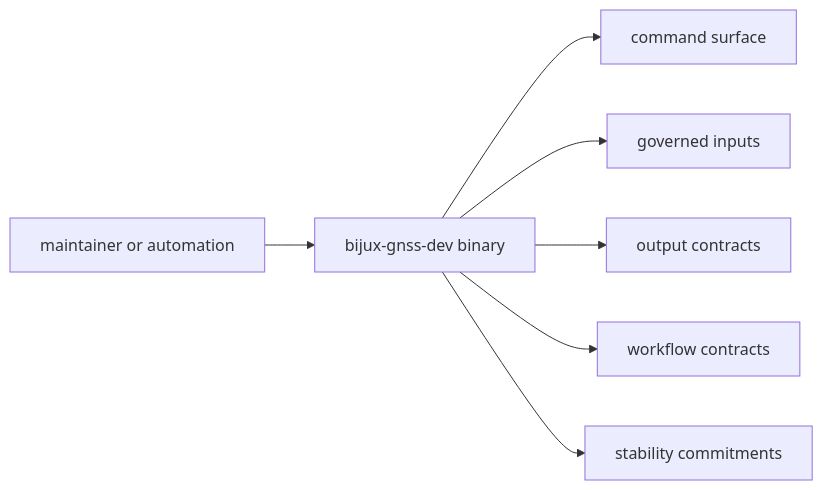
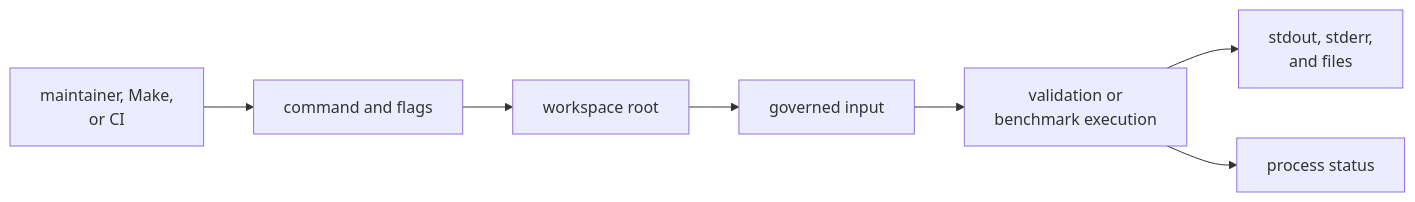
Before and after one commit to bijux/bijux-telecom: the first of 2 diagrams in docs/07-bijux-gnss-dev/interfaces/index.md, drawn with Mermaid. The commit also changed other lines of this file, not shown here.

Commit message:
docs(dev): define maintainer interface contracts

````diff
--- a/docs/07-bijux-gnss-dev/interfaces/index.md
+++ b/docs/07-bijux-gnss-dev/interfaces/index.md
@@ -22,17 +23,14 @@
 ```mermaid
 flowchart LR
-    maintainer["maintainer or automation"]
-    binary["bijux-gnss-dev binary"]
-    commands["command surface"]
-    inputs["governed inputs"]
-    outputs["output contracts"]
-    workflows["workflow contracts"]
-    stability["stability commitments"]
+    caller["maintainer, Make,<br/>or CI"]
+    parser["command and flags"]
+    root["workspace root"]
+    input["governed input"]
+    execution["validation or<br/>benchmark execution"]
+    output["stdout, stderr,<br/>and files"]
+    status["process status"]
 
-    maintainer --> binary
-    binary --> commands
-    binary --> inputs
-    binary --> outputs
-    binary --> workflows
-    binary --> stability
+    caller --> parser --> root --> input --> execution
+    execution --> output
+    execution --> status
 ```
````
